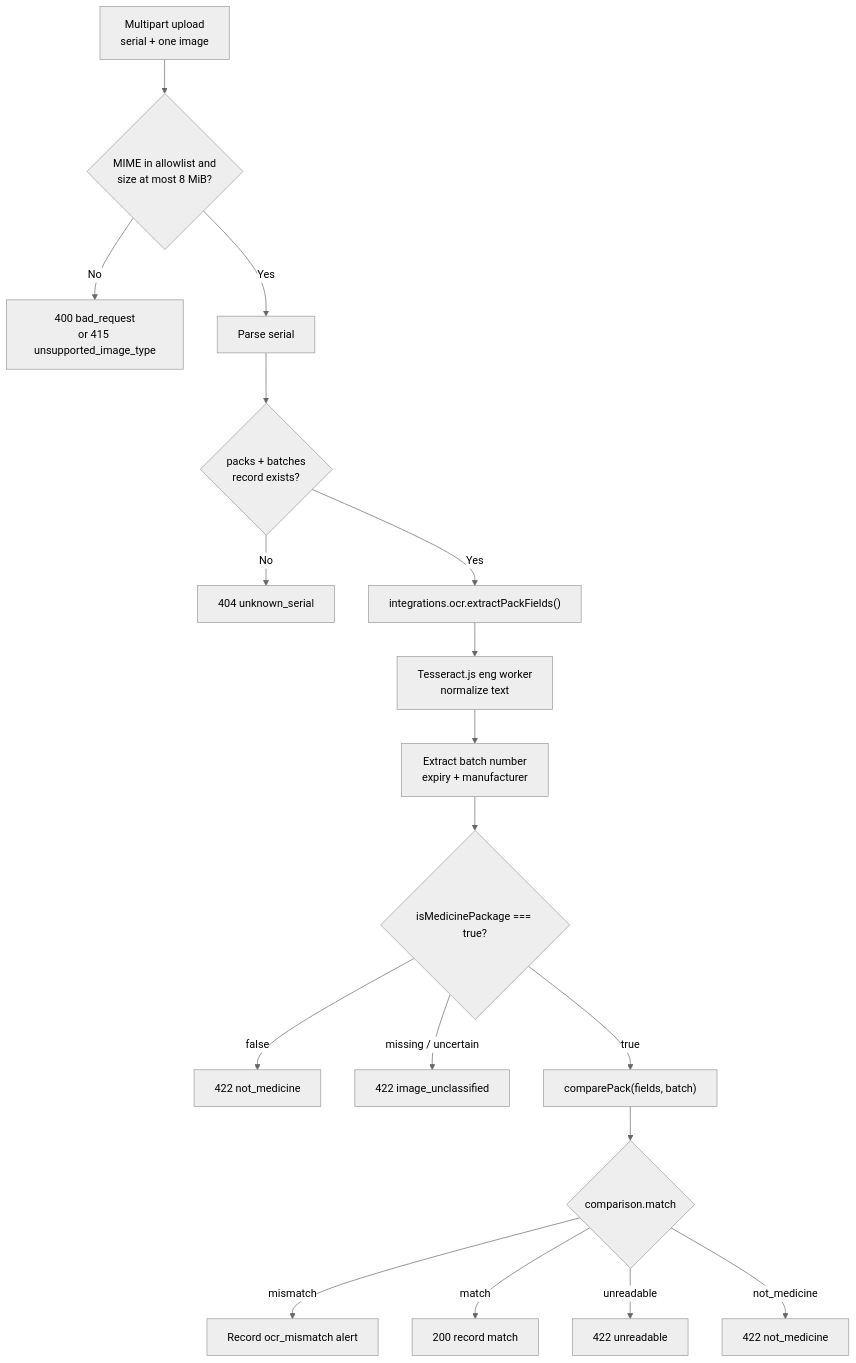
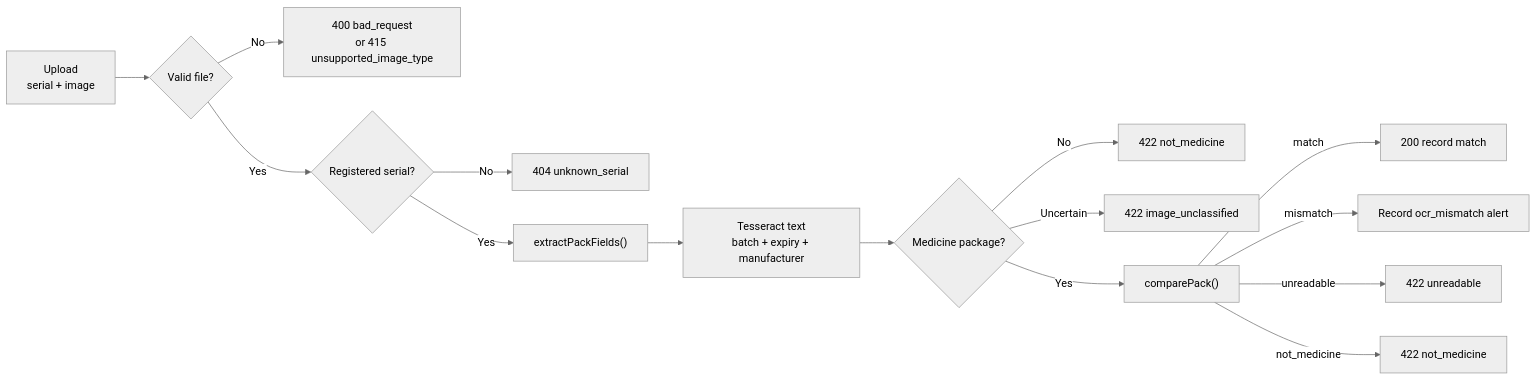
The fifth of 8 diagrams in README.md (ZENTRIHACK/medicine-verify), drawn with Mermaid (neutral theme) before and after one commit. The commit also changed other lines of this file, not shown here.

Commit message:
docs: refine diagrams and document duplicate batch handling

````diff
--- a/README.md
+++ b/README.md
@@ -417,20 +389,17 @@
 ```mermaid
-flowchart TD
-    A["Multipart upload<br/>serial + one image"] --> B{"MIME in allowlist and<br/>size at most 8 MiB?"}
-    B -->|No| E1["400 bad_request<br/>or 415 unsupported_image_type"]
-    B -->|Yes| C["Parse serial"]
-    C --> D{"packs + batches<br/>record exists?"}
-    D -->|No| E2["404 unknown_serial"]
-    D -->|Yes| F["integrations.ocr.extractPackFields()"]
-    F --> G["Tesseract.js eng worker<br/>normalize text"]
-    G --> H["Extract batch number<br/>expiry + manufacturer"]
-    H --> I{"isMedicinePackage === true?"}
-    I -->|false| E3["422 not_medicine"]
-    I -->|missing / uncertain| E4["422 image_unclassified"]
-    I -->|true| J["comparePack(fields, batch)"]
-    J --> K{"comparison.match"}
-    K -->|mismatch| L["Record ocr_mismatch alert"]
-    K -->|match| M["200 record match"]
-    K -->|unreadable| E5["422 unreadable"]
-    K -->|not_medicine| E6["422 not_medicine"]
+flowchart LR
+  A["Upload<br/>serial + image"] --> B{"Valid file?"}
+  B -->|"No"| E1["400 bad_request<br/>or 415 unsupported_image_type"]
+  B -->|"Yes"| D{"Registered serial?"}
+  D -->|"No"| E2["404 unknown_serial"]
+  D -->|"Yes"| F["extractPackFields()"]
+  F --> G["Tesseract text<br/>batch + expiry + manufacturer"]
+  G --> H{"Medicine package?"}
+  H -->|"No"| E3["422 not_medicine"]
+  H -->|"Uncertain"| E4["422 image_unclassified"]
+  H -->|"Yes"| I["comparePack()"]
+  I -->|"match"| OK["200 record match"]
+  I -->|"mismatch"| ALERT["Record ocr_mismatch alert"]
+  I -->|"unreadable"| E5["422 unreadable"]
+  I -->|"not_medicine"| E6["422 not_medicine"]
 ```
````
